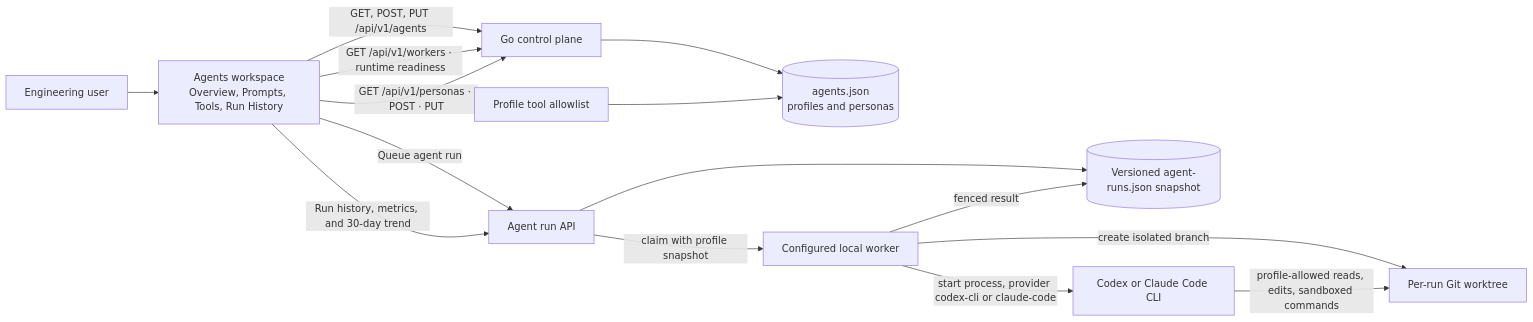
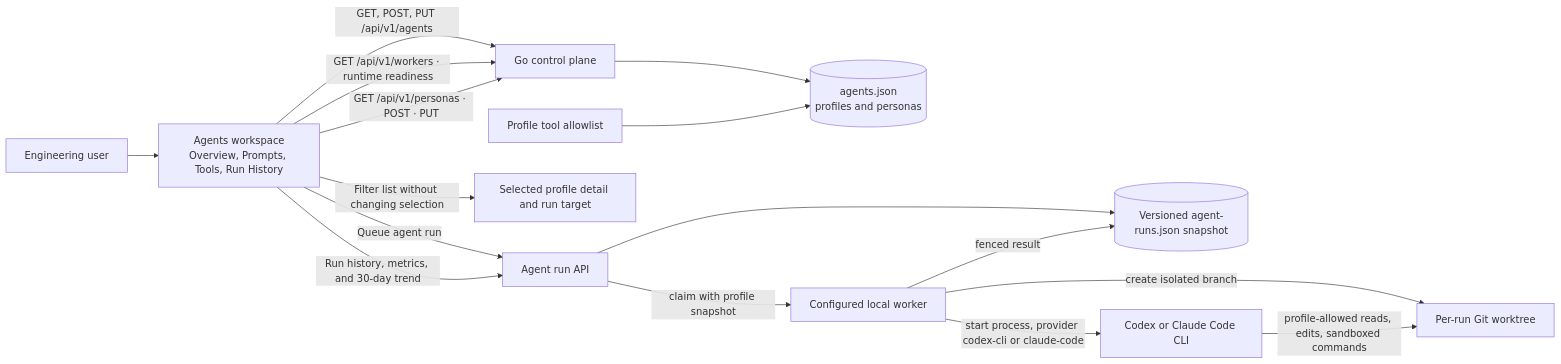
The diagram in docs/features/agent-profiles.md (bogdaniel/zenchron-engineering-os), drawn with Mermaid before and after one commit. The commit also changed other lines of this file and 3 other files, not shown here.

Commit message:
fix(agents): keep selected profile while filtering

````diff
--- a/docs/features/agent-profiles.md
+++ b/docs/features/agent-profiles.md
@@ -48,17 +51,18 @@
 ```mermaid
 flowchart LR
     User[Engineering user] --> Dashboard[Agents workspace]
     Dashboard[Agents workspace<br/>Overview, Prompts, Tools, Run History] -->|GET, POST, PUT /api/v1/agents| API[Go control plane]
     Dashboard -->|GET /api/v1/workers · runtime readiness| API
     Dashboard -->|Queue agent run| Runs[Agent run API]
     Dashboard -->|GET /api/v1/personas · POST · PUT| API
     API --> Store[(agents.json<br/>profiles and personas)]
     Runs --> RunStore[(Versioned agent-runs.json snapshot)]
     Dashboard -->|Run history, metrics, and 30-day trend| Runs
+    Dashboard -->|Filter list without changing selection| Detail[Selected profile detail and run target]
     Tools[Profile tool allowlist] --> Store
     Runs -->|claim with profile snapshot| Worker[Configured local worker]
     Worker -->|start process, provider codex-cli or claude-code| Harness[Codex or Claude Code CLI]
     Worker -->|create isolated branch| Worktree[Per-run Git worktree]
     Harness -->|profile-allowed reads, edits, sandboxed commands| Worktree
     Worker -->|fenced result| RunStore
 ```
````
